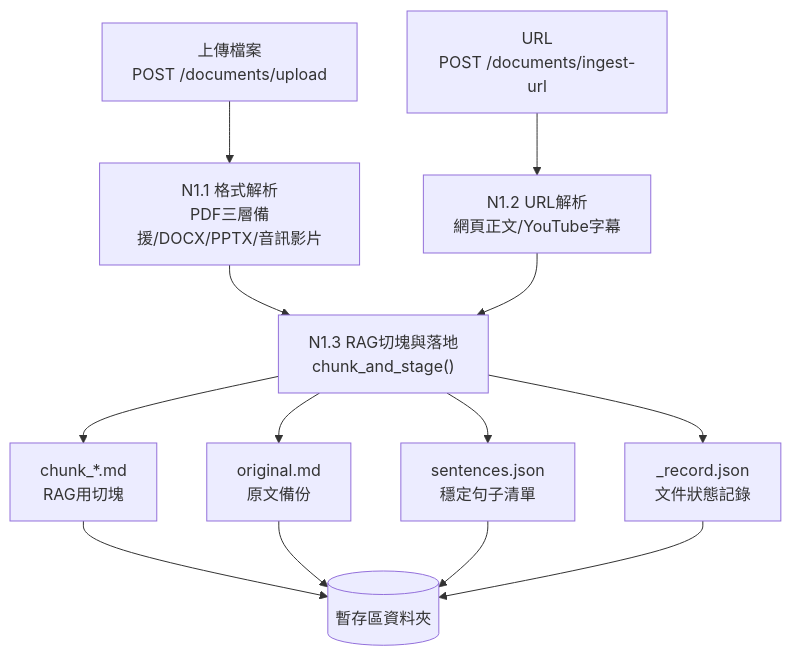
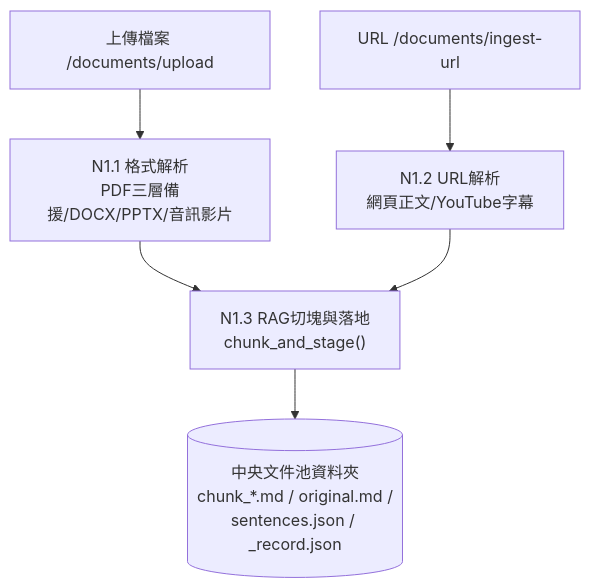
Before and after one commit to Chester930/world-knowledge-graph-rag: the second of 13 diagrams in docs/報告/95_專案節點流程總覽與設計說明.md, drawn with Mermaid. The commit also changed other lines of this file and 1 other file, not shown here.

````diff
--- a/docs/報告/95_專案節點流程總覽與設計說明.md
+++ b/docs/報告/95_專案節點流程總覽與設計說明.md
@@ -134,12 +132,7 @@
 ```mermaid
 flowchart TD
-    A["上傳檔案<br/>POST /documents/upload"] --> P1["N1.1 格式解析<br/>PDF三層備援/DOCX/PPTX/音訊影片"]
-    B["URL<br/>POST /documents/ingest-url"] --> P2["N1.2 URL解析<br/>網頁正文/YouTube字幕"]
-    P1 --> C["N1.3 RAG切塊與落地<br/>chunk_and_stage()"]
-    P2 --> C
-    C --> F1["chunk_*.md<br/>RAG用切塊"]
-    C --> F2["original.md<br/>原文備份"]
-    C --> F3["sentences.json<br/>穩定句子清單"]
-    C --> F4["_record.json<br/>文件狀態記錄"]
-    F1 & F2 & F3 & F4 --> S[("暫存區資料夾")]
+    A["上傳檔案 /documents/upload"] --> P1["N1.1 格式解析<br/>PDF三層備援/DOCX/PPTX/音訊影片"]
+    B["URL /documents/ingest-url"] --> P2["N1.2 URL解析<br/>網頁正文/YouTube字幕"]
+    P1 & P2 --> C["N1.3 RAG切塊與落地<br/>chunk_and_stage()"]
+    C --> S[("中央文件池資料夾<br/>chunk_*.md / original.md /<br/>sentences.json / _record.json")]
 ```
````
